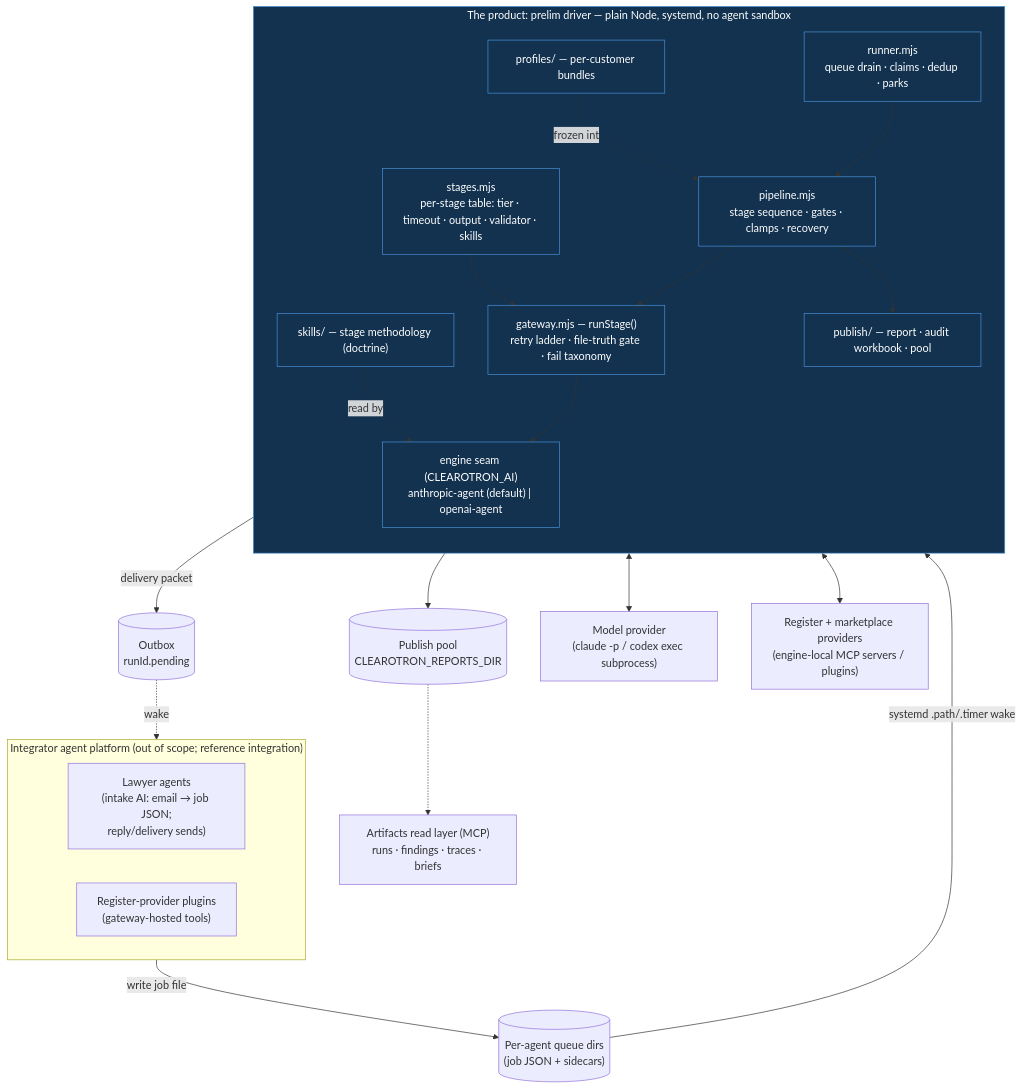
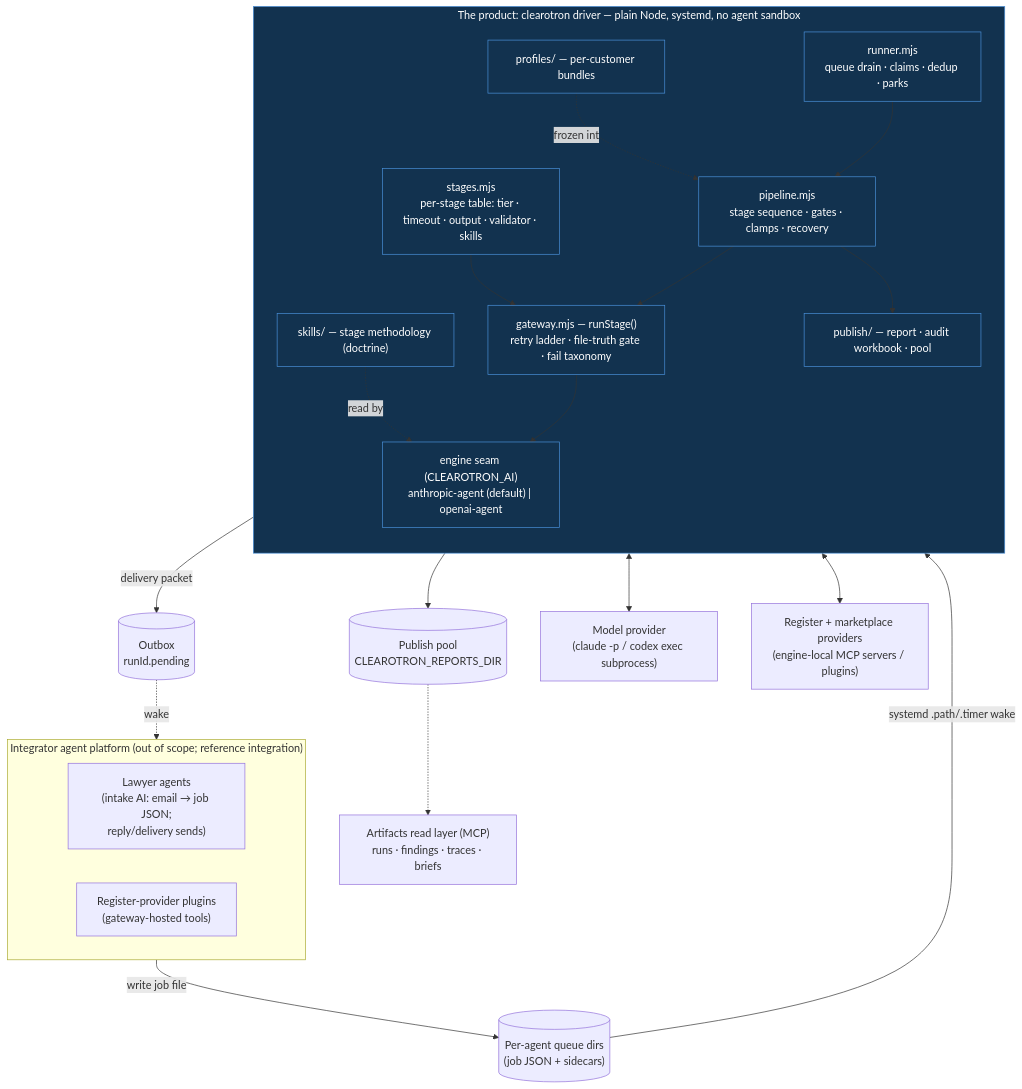
The first of 2 diagrams in docs/architecture/02-architecture.md (CordilleraSarl/clearotron), drawn with Mermaid before and after one commit. The commit also changed 410 other files, not shown here.

````diff
--- a/docs/architecture/02-architecture.md
+++ b/docs/architecture/02-architecture.md
@@ -43,44 +43,44 @@
 ```mermaid
 flowchart TB
     subgraph GW["Integrator agent platform (out of scope; reference integration)"]
         direction LR
         AG["Lawyer agents<br/>(intake AI: email → job JSON;<br/>reply/delivery sends)"]
         PL["Register-provider plugins<br/>(gateway-hosted tools)"]
     end
 
-    subgraph DRV["The product: prelim driver — plain Node, systemd, no agent sandbox"]
+    subgraph DRV["The product: clearotron driver — plain Node, systemd, no agent sandbox"]
         direction TB
         RUN["runner.mjs<br/>queue drain · claims · dedup · parks"]
         PIPE["pipeline.mjs<br/>stage sequence · gates · clamps · recovery"]
         STG["stages.mjs<br/>per-stage table: tier · timeout · output · validator · skills"]
         GWM["gateway.mjs — runStage()<br/>retry ladder · file-truth gate · fail taxonomy"]
         ENG["engine seam (CLEAROTRON_AI)<br/>anthropic-agent (default) | openai-agent"]
         SKL["skills/ — stage methodology (doctrine)"]
         PROF["profiles/ — per-customer bundles"]
         PUB["publish/ — report · audit workbook · pool"]
         RUN --> PIPE --> GWM --> ENG
         STG --> GWM
         SKL -.read by.-> ENG
         PROF -.frozen into.-> PIPE
         PIPE --> PUB
     end
 
     Q[("Per-agent queue dirs<br/>(job JSON + sidecars)")]
     POOL[("Publish pool<br/>CLEAROTRON_REPORTS_DIR")]
     OB[("Outbox<br/>runId.pending")]
     MODEL["Model provider<br/>(claude -p / codex exec subprocess)"]
     REG["Register + marketplace providers<br/>(engine-local MCP servers / plugins)"]
     MCPQ["Artifacts read layer (MCP)<br/>runs · findings · traces · briefs"]
 
     AG -- "write job file" --> Q
     Q -- "systemd .path/.timer wake" --> RUN
     ENG <--> MODEL
     ENG <--> REG
     PUB --> POOL
     PIPE -- "delivery packet" --> OB
     OB -. "wake" .-> AG
     POOL -.-> MCPQ
 
     classDef product fill:#12324f,stroke:#4a90d9,color:#fff
     class DRV,RUN,PIPE,STG,GWM,ENG,SKL,PROF,PUB product
 ```
````
